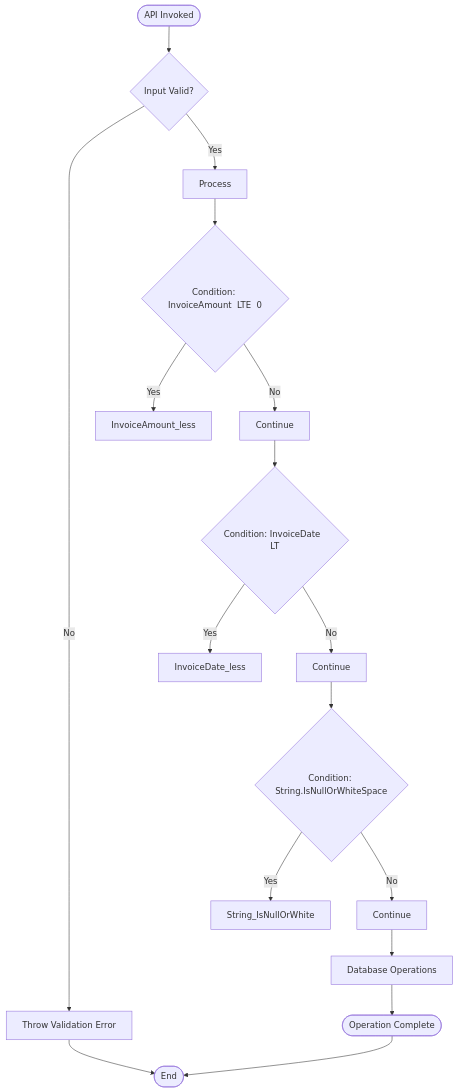
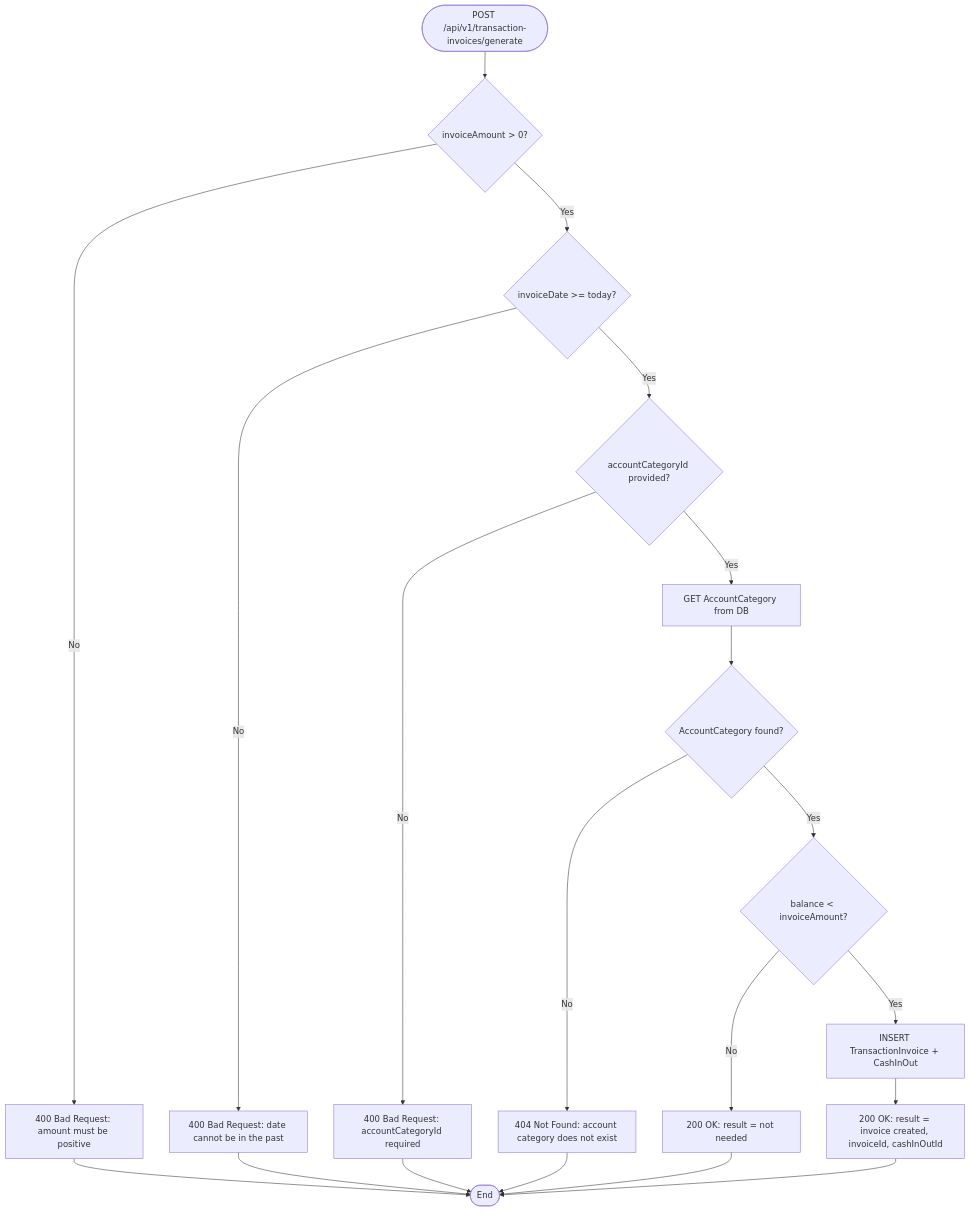
One commit to asifhussain60/CORTEX changed the diagram in _workspaces/sts/sample-apps/_Real/payment-api-specs/specifications/xgeneratetransactioninvoice/diagrams/flowchart.mmd. Above: the diagram before and after it, drawn with Mermaid. The commit also changed 22 other files, not shown here.

```diff
--- a/_workspaces/sts/sample-apps/_Real/payment-api-specs/specifications/xgeneratetransactioninvoice/diagrams/flowchart.mmd
+++ b/_workspaces/sts/sample-apps/_Real/payment-api-specs/specifications/xgeneratetransactioninvoice/diagrams/flowchart.mmd
@@ -1,19 +1,25 @@
 flowchart TD
-    Start([API Invoked]) --> Validate
-    Validate{Input Valid?}
-    Validate -->|No| Error1[Throw Validation Error]
-    Validate -->|Yes| Process
-    Process --> Check1{Condition: InvoiceAmount  LTE  0}
-    Check1 -->|Yes| Rule1[InvoiceAmount_less]
-    Check1 -->|No| Next1[Continue]
-    Next1 --> Check2{Condition: InvoiceDate  LT}
-    Check2 -->|Yes| Rule2[InvoiceDate_less]
-    Check2 -->|No| Next2[Continue]
-    Next2 --> Check3{Condition: String.IsNullOrWhiteSpace}
-    Check3 -->|Yes| Rule3[String_IsNullOrWhite]
-    Check3 -->|No| Next3[Continue]
-    Next3 --> DB[Database Operations]
-    DB --> Complete
-    Complete([Operation Complete])
-    Error1 --> End([End])
-    Complete --> End([End])
+    Start([POST /api/v1/transaction-invoices/generate]) --> CheckAmount
+    CheckAmount{invoiceAmount > 0?}
+    CheckAmount -->|No| ErrAmount[400 Bad Request: amount must be positive]
+    CheckAmount -->|Yes| CheckDate
+    CheckDate{invoiceDate >= today?}
+    CheckDate -->|No| ErrDate[400 Bad Request: date cannot be in the past]
+    CheckDate -->|Yes| CheckId
+    CheckId{accountCategoryId provided?}
+    CheckId -->|No| ErrId[400 Bad Request: accountCategoryId required]
+    CheckId -->|Yes| LookupAccount
+    LookupAccount[GET AccountCategory from DB]
+    LookupAccount --> AccountFound{AccountCategory found?}
+    AccountFound -->|No| Err404[404 Not Found: account category does not exist]
+    AccountFound -->|Yes| PegCheck
+    PegCheck{balance < invoiceAmount?}
+    PegCheck -->|No| NotNeeded[200 OK: result = not needed]
+    PegCheck -->|Yes| CreateInvoice[INSERT TransactionInvoice + CashInOut]
+    CreateInvoice --> Created[200 OK: result = invoice created, invoiceId, cashInOutId]
+    ErrAmount --> End([End])
+    ErrDate --> End
+    ErrId --> End
+    Err404 --> End
+    NotNeeded --> End
+    Created --> End
```
